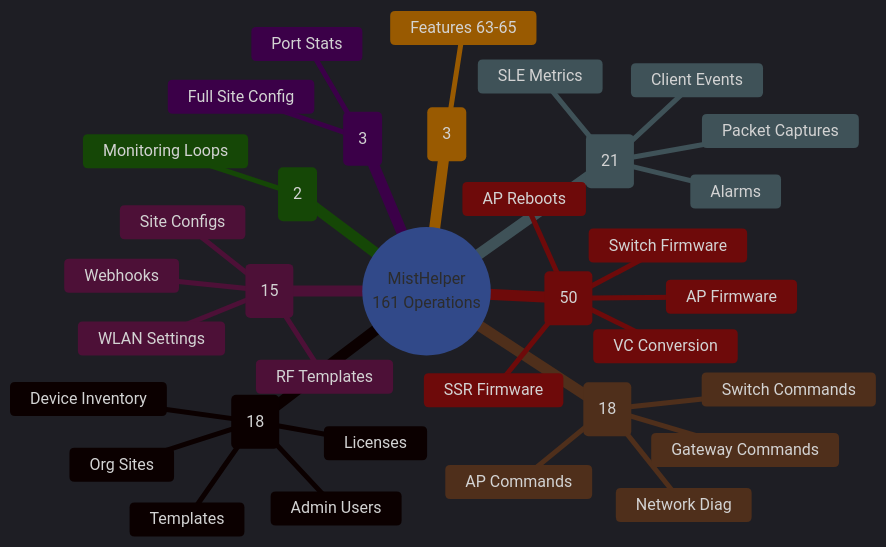
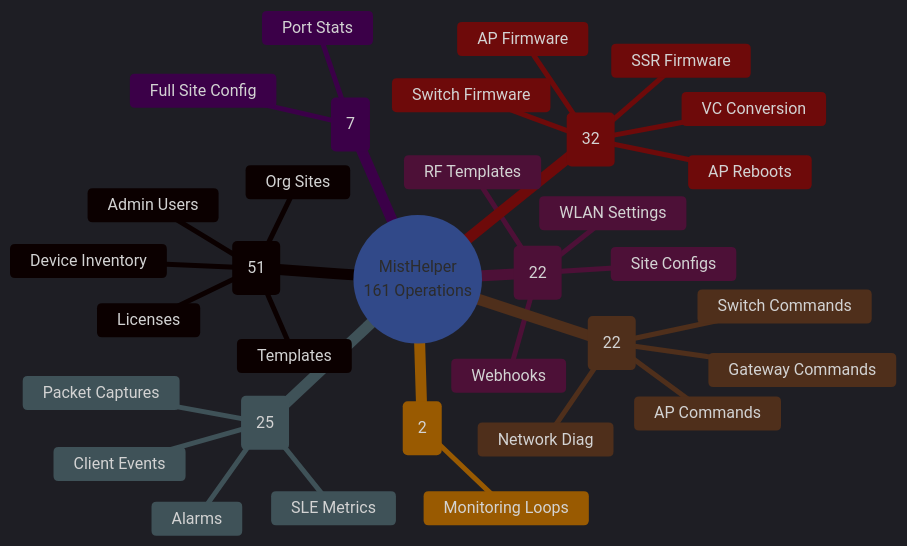
One commit to jmorrison-juniper/MistHelper changed the second of 2 diagrams in README.md. Above: the diagram before and after it, drawn with Mermaid. The commit also changed other lines of this file and 5 other files, not shown here.

````diff
--- a/README.md
+++ b/README.md
@@ -94,48 +94,46 @@
 ```mermaid
 %%{init: {'theme': 'dark', 'themeVariables': {
   'primaryColor': '#E20074',
   'primaryTextColor': '#E0E0E0',
   'primaryBorderColor': '#99004D',
   'lineColor': '#FF4DA6',
   'secondaryColor': '#16213E',
   'tertiaryColor': '#1A1A2E',
   'fontFamily': 'ui-monospace, monospace'
 }}}%%
 mindmap
   root((MistHelper<br/>161 Operations))
-    Safe (18)
+    Safe (51)
       Org Sites
       Device Inventory
       Licenses
       Templates
       Admin Users
-    Interactive Safe (15)
+    Interactive Safe (22)
       Site Configs
       WLAN Settings
       RF Templates
       Webhooks
-    Interactive (21)
+    Interactive (25)
       Packet Captures
       SLE Metrics
       Client Events
       Alarms
-    WebSocket (18)
+    WebSocket (22)
       AP Commands
       Switch Commands
       Gateway Commands
       Network Diag
-    Destructive (50)
+    Destructive (32)
       ::icon(fa fa-warning)
       AP Firmware
       Switch Firmware
       SSR Firmware
       AP Reboots
       VC Conversion
-    Resource Intensive (3)
+    Resource Intensive (7)
       Port Stats
       Full Site Config
-    WIP (3)
-      Features 63-65
     Continuous (2)
       Monitoring Loops
 ```
````
